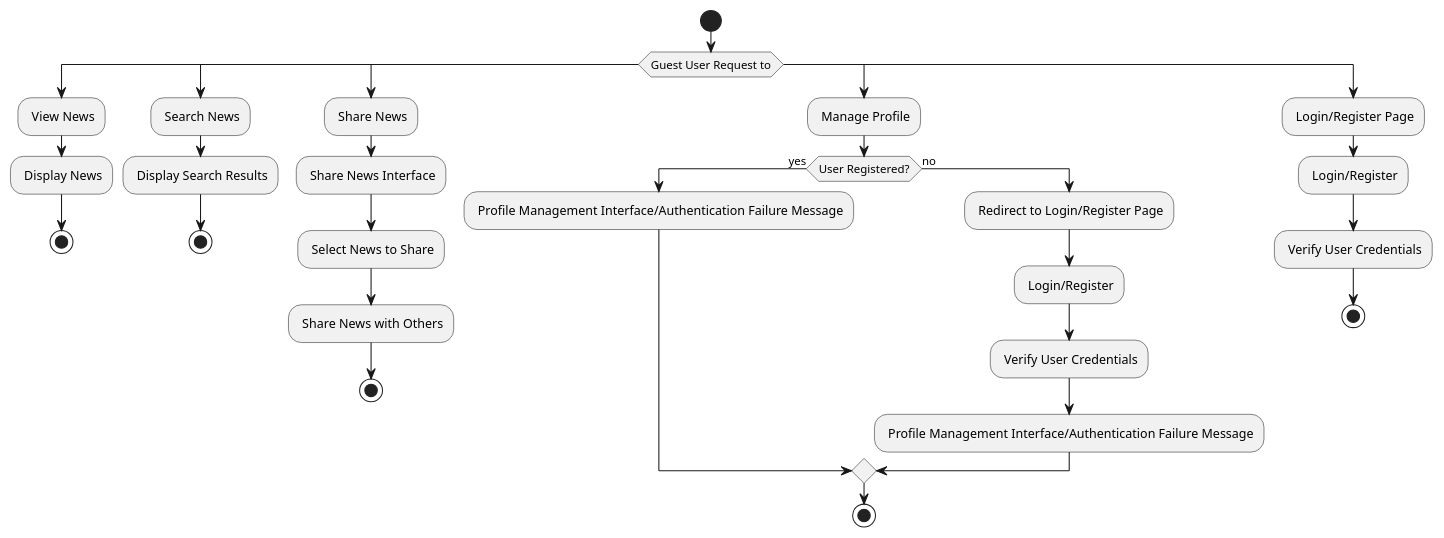
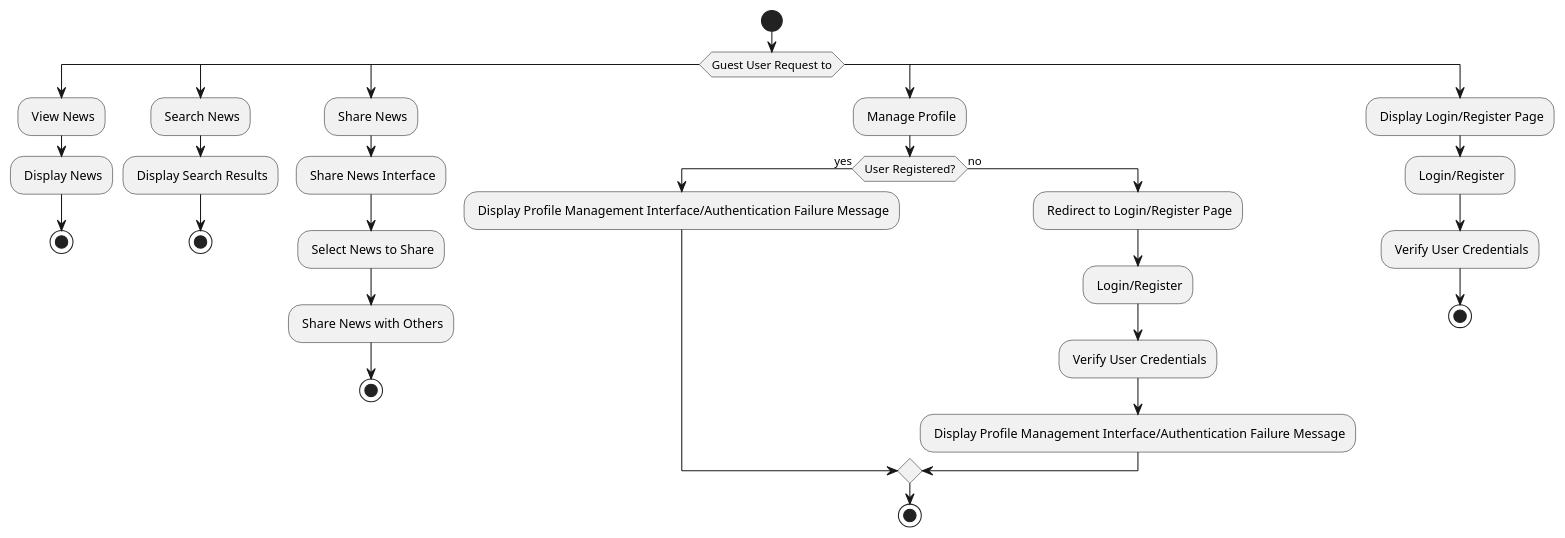
Before and after one commit to razan-mp4/SystemTheory_labs: the diagram in lab_6/activity_diagram.iuml, drawn with PlantUML.

```diff
--- a/lab_6/activity_diagram.iuml
+++ b/lab_6/activity_diagram.iuml
@@ -1,38 +1,38 @@
 @startuml
 start
 
 switch (Guest User Request to)
     case ()
         : View News;
         : Display News;
         stop
     case ()
         : Search News;
         : Display Search Results;
         stop
 
     case ()
         : Share News;
         : Share News Interface;
         : Select News to Share;
         : Share News with Others;
         stop
     case ()
         : Manage Profile;
         if (User Registered?) then (yes)
-            : Profile Management Interface/Authentication Failure Message;
+            : Display Profile Management Interface/Authentication Failure Message;
         else (no)
             : Redirect to Login/Register Page;
             : Login/Register;
             : Verify User Credentials;
-            : Profile Management Interface/Authentication Failure Message;
+            : Display Profile Management Interface/Authentication Failure Message;
         endif
         stop
     case ()
-        : Login/Register Page;
+        : Display Login/Register Page;
         : Login/Register;
         : Verify User Credentials;
         stop
 endswitch
 
 @enduml
```
